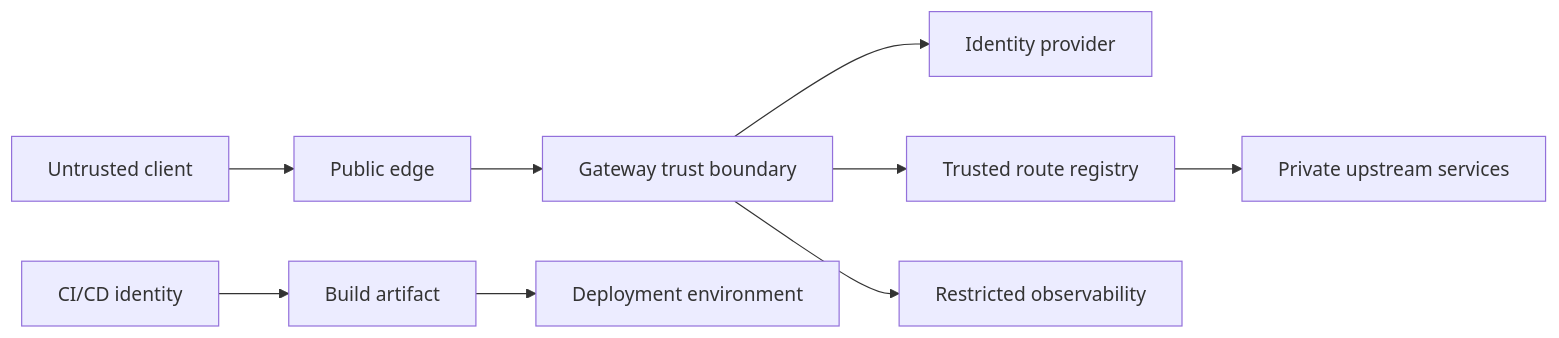
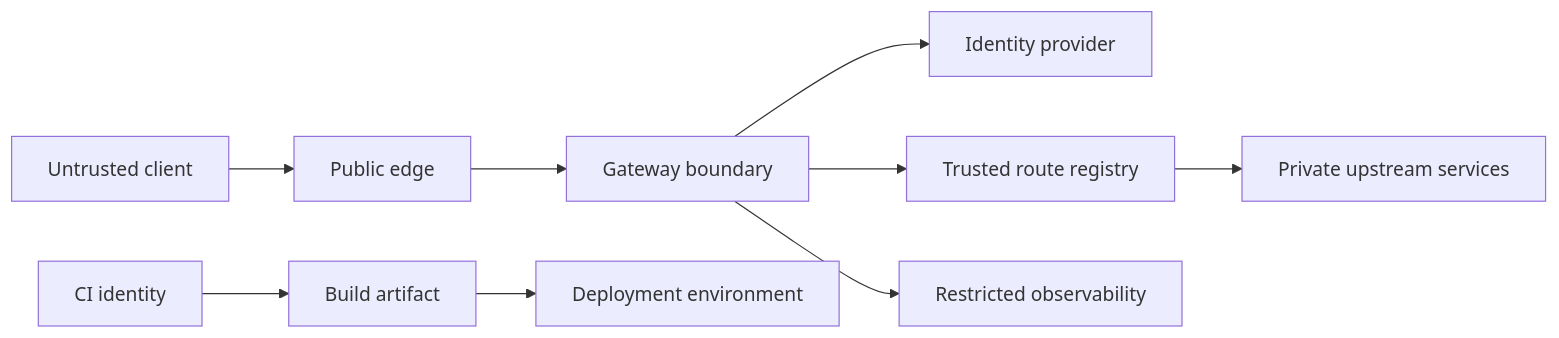
Before and after one commit to Brajesh31/API-Gateway-Tripzy: the diagram in docs/threat-model.md, drawn with Mermaid. The commit also changed other lines of this file, not shown here.

````diff
--- a/docs/threat-model.md
+++ b/docs/threat-model.md
@@ -19,11 +19,11 @@
 ```mermaid
 flowchart LR
   Client[Untrusted client] --> Edge[Public edge]
-  Edge --> Gateway[Gateway trust boundary]
+  Edge --> Gateway[Gateway boundary]
   Gateway --> Identity[Identity provider]
   Gateway --> Registry[Trusted route registry]
   Registry --> Services[Private upstream services]
   Gateway --> Telemetry[Restricted observability]
-  CI[CI/CD identity] --> Artifact[Build artifact]
+  CI[CI identity] --> Artifact[Build artifact]
   Artifact --> Runtime[Deployment environment]
 ```
````
